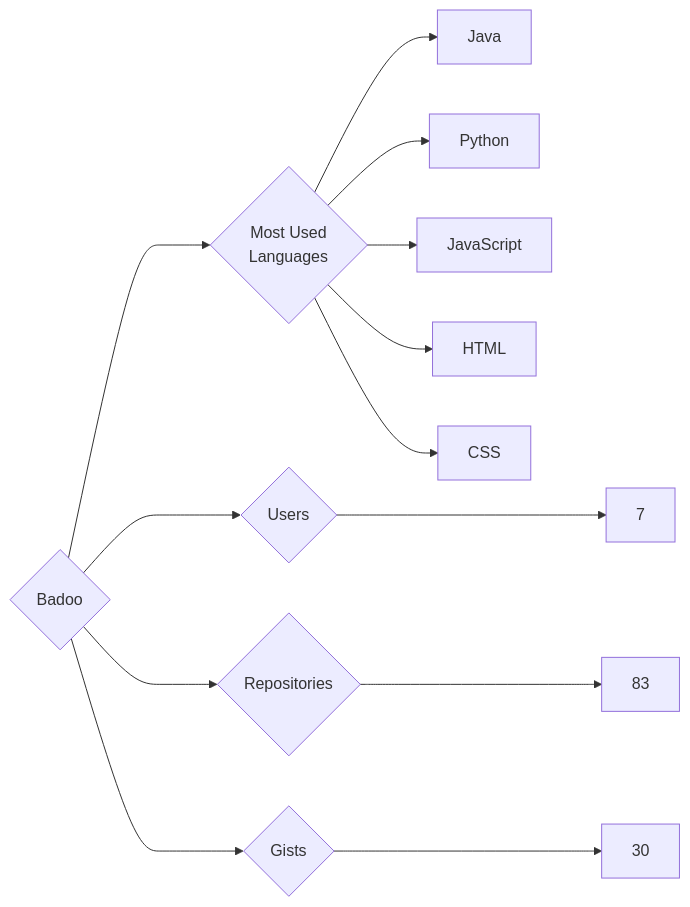
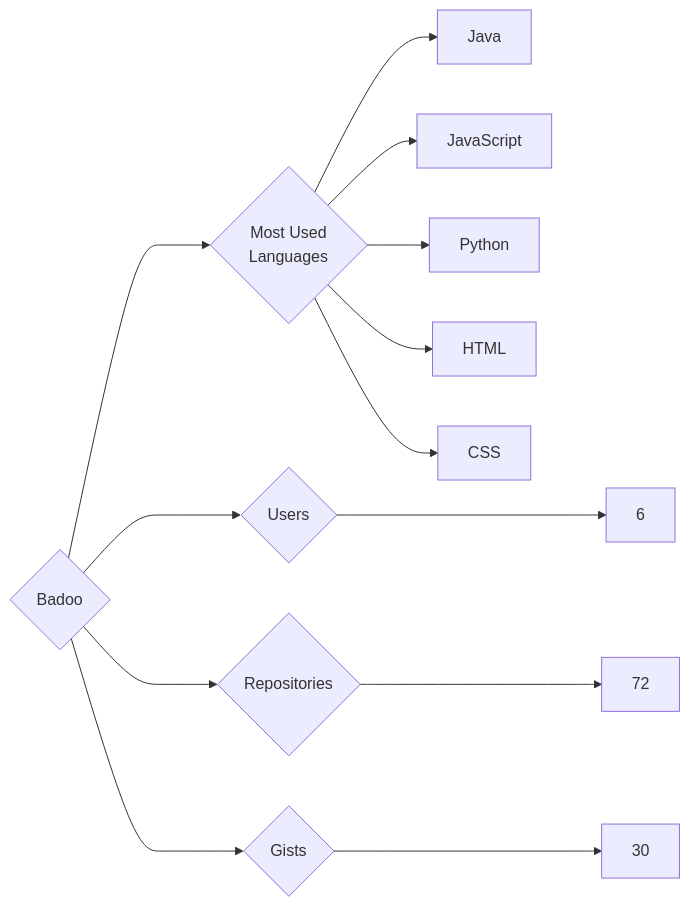
The diagram in targets/Badoo/README.md (trickest/insiders), drawn with Mermaid before and after one commit. The commit also changed 880 other files, not shown here.

````diff
--- a/targets/Badoo/README.md
+++ b/targets/Badoo/README.md
@@ -3,13 +3,13 @@
 ```mermaid
 graph LR
 COMPANY_NAME{Badoo}
-COMPANY_NAME ---> U{Users} ---> UN[7]
-COMPANY_NAME ---> R{Repositories} ---> RN[83]
+COMPANY_NAME ---> U{Users} ---> UN[6]
+COMPANY_NAME ---> R{Repositories} ---> RN[72]
 COMPANY_NAME ---> G{Gists} ---> GN[30]
 COMPANY_NAME ---> ML{Most Used<br>Languages}
 ML --> Java[Java]
+ML --> JavaScript[JavaScript]
 ML --> Python[Python]
-ML --> JavaScript[JavaScript]
 ML --> HTML[HTML]
 ML --> CSS[CSS]
 ```
````
